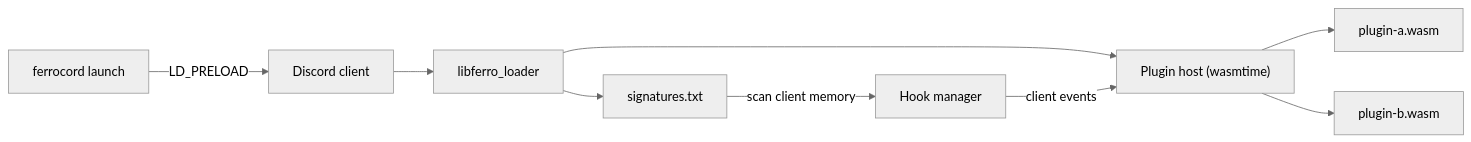
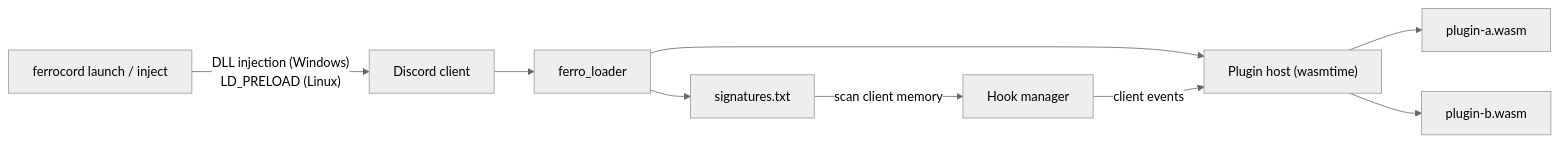
One commit to Official-OptiNex/ferrocord changed the diagram in README.md. Above: the diagram before and after it, drawn with Mermaid (neutral theme). The commit also changed other lines of this file and 4 other files, not shown here.

````diff
--- a/README.md
+++ b/README.md
@@ -56,11 +57,11 @@
 ```mermaid
 flowchart LR
-    L["ferrocord launch"] -->|LD_PRELOAD| D["Discord client"]
-    D --> F["libferro_loader"]
+    L["ferrocord launch / inject"] -->|"DLL injection (Windows)<br/>LD_PRELOAD (Linux)"| D["Discord client"]
+    D --> F["ferro_loader"]
     F --> S["signatures.txt"]
     S -->|scan client memory| H["Hook manager"]
     F --> P["Plugin host (wasmtime)"]
     P --> A["plugin-a.wasm"]
     P --> B["plugin-b.wasm"]
     H -->|client events| P
 ```
````
